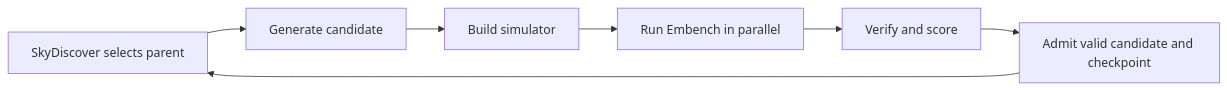
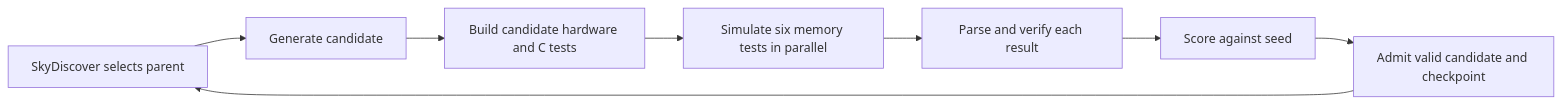
One commit to ucb-bar/chia-tutorial changed the diagram in discovery/README.md. Above: the diagram before and after it, drawn with Mermaid. The commit also changed other lines of this file and 38 other files, not shown here.

````diff
--- a/discovery/README.md
+++ b/discovery/README.md
@@ -7,9 +8,10 @@
 ```mermaid
 flowchart LR
     parent[SkyDiscover selects parent] --> agent[Generate candidate]
-    agent --> build[Build simulator]
-    build --> benchmarks[Run Embench in parallel]
-    benchmarks --> score[Verify and score]
+    agent --> build[Build candidate hardware and C tests]
+    build --> benchmarks[Simulate six memory tests in parallel]
+    benchmarks --> verify[Parse and verify each result]
+    verify --> score[Score against seed]
     score --> checkpoint[Admit valid candidate and checkpoint]
     checkpoint --> parent
 ```
````
